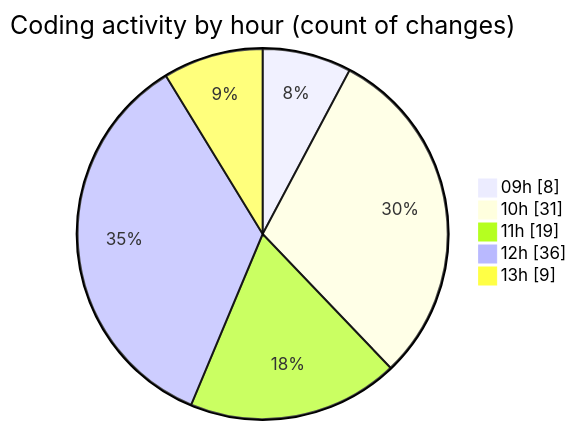
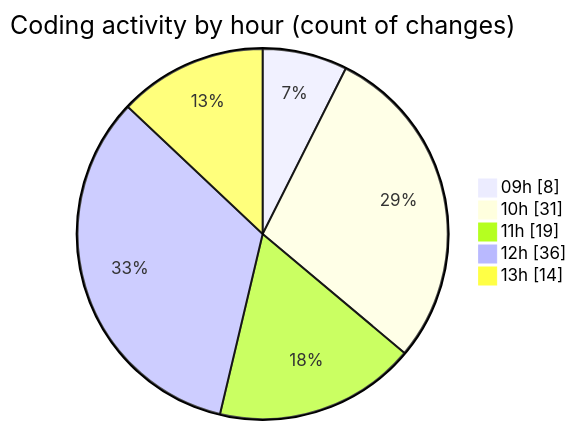
The second of 2 diagrams in 2025-06-12/cda/README.md (momahboobian/code-tracking), drawn with Mermaid before and after one commit. The commit also changed other lines of this file and 1 other file, not shown here.

````diff
--- a/2025-06-12/cda/README.md
+++ b/2025-06-12/cda/README.md
@@ -31,9 +31,9 @@
 ```mermaid
 pie showData
 title Coding activity by hour (count of changes)
 "09h" : 8
 "10h" : 31
 "11h" : 19
 "12h" : 36
-"13h" : 9
+"13h" : 14
 ```
````
